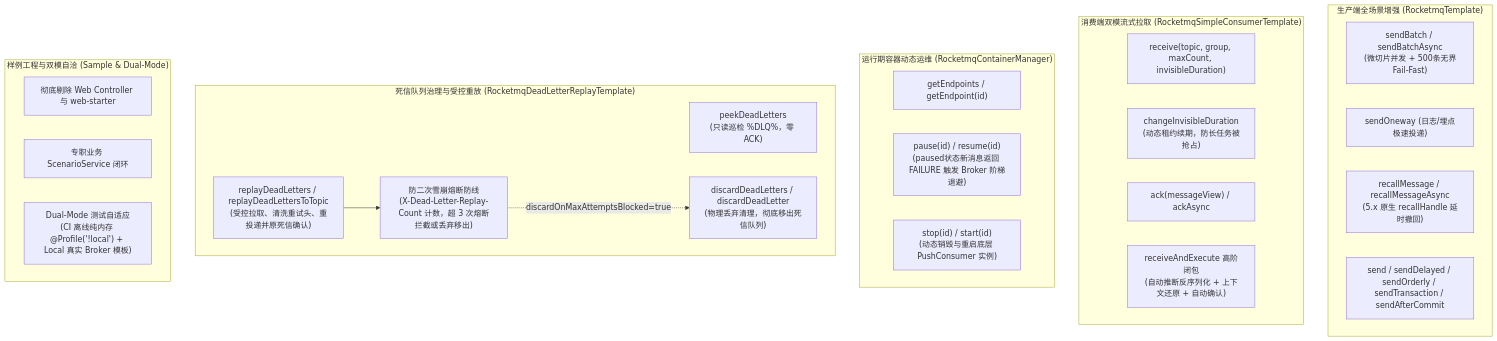
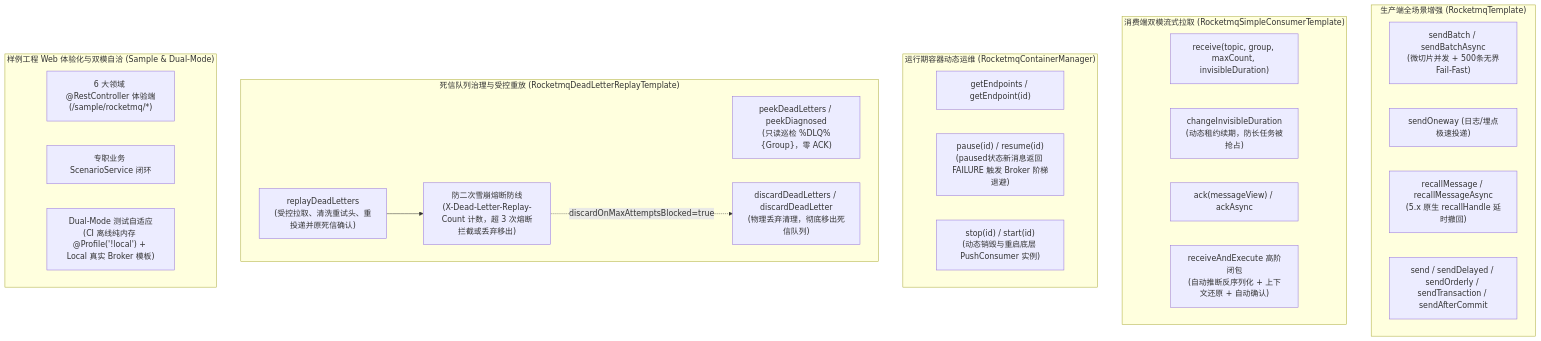
One commit to atengk/ateng-boot changed the diagram in docs/adr/0066-rocketmq-full-scenario-hardening-simple-consumer-and-dead-letter-governance-architecture.md. Above: the diagram before and after it, drawn with Mermaid. The commit also changed other lines of this file and 4 other files, not shown here.

First line of the commit message:
docs(rocketmq): 修正 Starter 文档漂移并完成 Sample-First 五维 README 1:1 逆向同步与准出核验

````diff
--- a/docs/adr/0066-rocketmq-full-scenario-hardening-simple-consumer-and-dead-letter-governance-architecture.md
+++ b/docs/adr/0066-rocketmq-full-scenario-hardening-simple-consumer-and-dead-letter-governance-architecture.md
@@ -33,37 +33,37 @@
 ```mermaid
 flowchart TD
     subgraph ProducerDomain["生产端全场景增强 (RocketmqTemplate)"]
         BatchSend["sendBatch / sendBatchAsync<br>(微切片并发 + 500条无界Fail-Fast)"]
         OnewaySend["sendOneway (日志/埋点极速投递)"]
         RecallSend["recallMessage / recallMessageAsync<br>(5.x 原生 recallHandle 延时撤回)"]
         ExistingProducer["send / sendDelayed / sendOrderly / sendTransaction / sendAfterCommit"]
     end
 
     subgraph ConsumerDomain["消费端双模流式拉取 (RocketmqSimpleConsumerTemplate)"]
         SimpleReceive["receive(topic, group, maxCount, invisibleDuration)"]
         LeaseRenewal["changeInvisibleDuration<br>(动态租约续期，防长任务被抢占)"]
         ManualAck["ack(messageView) / ackAsync"]
         ExecuteClosure["receiveAndExecute 高阶闭包<br>(自动推断反序列化 + 上下文还原 + 自动确认)"]
     end
 
     subgraph OpsDomain["运行期容器动态运维 (RocketmqContainerManager)"]
         EndpointQuery["getEndpoints / getEndpoint(id)"]
         PauseResume["pause(id) / resume(id)<br>(paused状态新消息返回 FAILURE 触发 Broker 阶梯退避)"]
         StartStop["stop(id) / start(id)<br>(动态销毁与重启底层 PushConsumer 实例)"]
     end
 
     subgraph DLQDomain["死信队列治理与受控重放 (RocketmqDeadLetterReplayTemplate)"]
-        DLQPeek["peekDeadLetters<br>(只读巡检 %DLQ%<Group>，零 ACK)"]
-        DLQReplay["replayDeadLetters / replayDeadLettersToTopic<br>(受控拉取、清洗重试头、重投递并原死信确认)"]
+        DLQPeek["peekDeadLetters / peekDiagnosed<br>(只读巡检 %DLQ%{Group}，零 ACK)"]
+        DLQReplay["replayDeadLetters<br>(受控拉取、清洗重试头、重投递并原死信确认)"]
         DLQDiscard["discardDeadLetters / discardDeadLetter<br>(物理丢弃清理，彻底移出死信队列)"]
         AntiAvalanche["防二次雪崩熔断防线<br>(X-Dead-Letter-Replay-Count 计数，超 3 次熔断拦截或丢弃移出)"]
         DLQReplay --> AntiAvalanche
         AntiAvalanche -.->|discardOnMaxAttemptsBlocked=true| DLQDiscard
     end
 
-    subgraph SampleDomain["样例工程与双模自洽 (Sample & Dual-Mode)"]
-        DropWeb["彻底剔除 Web Controller 与 web-starter"]
+    subgraph SampleDomain["样例工程 Web 体验化与双模自洽 (Sample & Dual-Mode)"]
+        WebControllers["6 大领域 @RestController 体验端<br>(/sample/rocketmq/*)"]
         ScenarioServices["专职业务 ScenarioService 闭环"]
         DualMode["Dual-Mode 测试自适应<br>(CI 离线纯内存 @Profile('!local') + Local 真实 Broker 模板)"]
     end
 ```
````
